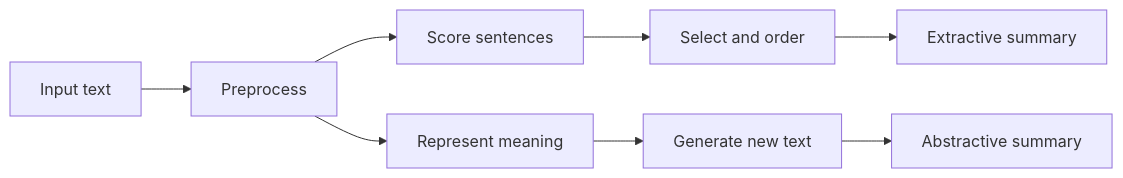
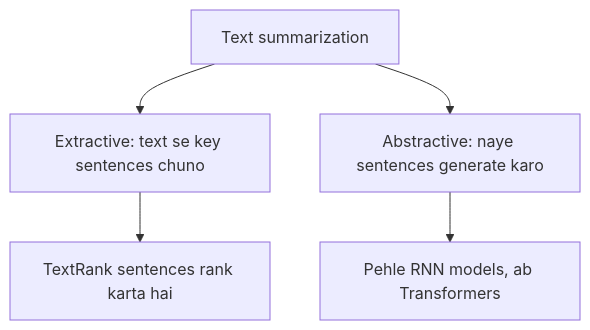
One commit to TrendySloth1001/sem-seven-notes changed the diagram in content/natural-language-processing/pyq/2022-12-ce/q6a.hi.mdx. Above: the diagram before and after it, drawn with Mermaid. The commit also changed other lines of this file and 406 other files, not shown here.

````diff
--- a/content/natural-language-processing/pyq/2022-12-ce/q6a.hi.mdx
+++ b/content/natural-language-processing/pyq/2022-12-ce/q6a.hi.mdx
@@ -27,7 +9,8 @@
 ```mermaid
-%% caption: Extractive path chune hue sentences copy karta hai. Abstractive path pehle meaning banata hai phir naye sentences likhta hai.
-flowchart LR
-  T["Input text"] --> P["Preprocess"]
-  P --> SC["Score sentences"] --> SE["Select and order"] --> EX["Extractive summary"]
-  P --> RE["Represent meaning"] --> GE["Generate new text"] --> AB["Abstractive summary"]
+%% caption: Text summarization ke do types.
+flowchart TD
+  S["Text summarization"] --> E["Extractive: text se key sentences chuno"]
+  S --> A["Abstractive: naye sentences generate karo"]
+  E --> T["TextRank sentences rank karta hai"]
+  A --> X["Pehle RNN models, ab Transformers"]
 ```
````
